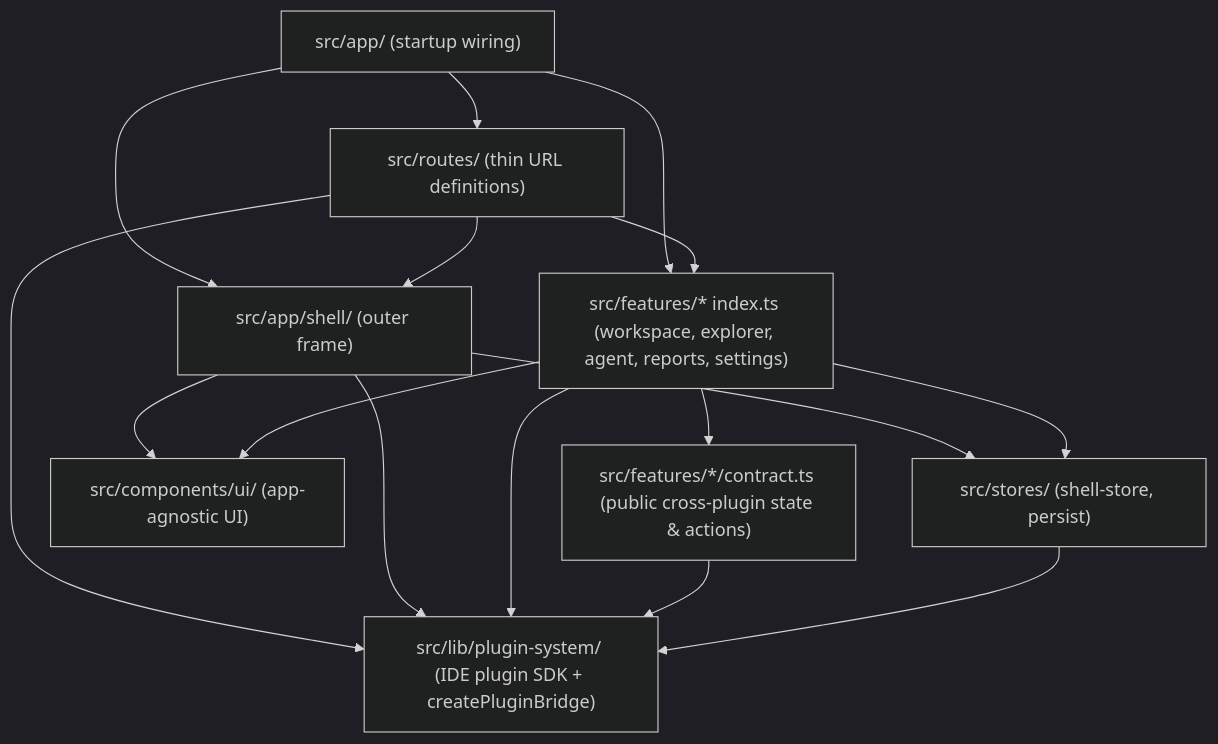
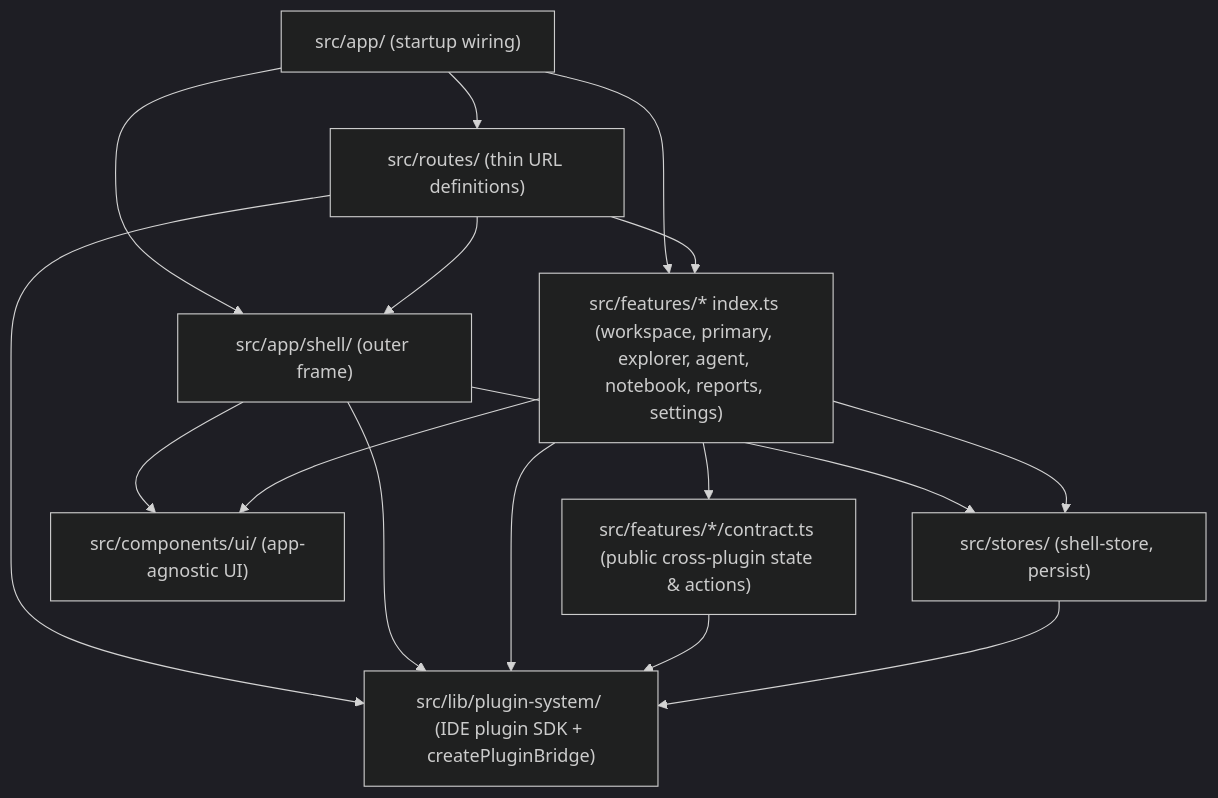
The second of 12 diagrams in docs/DESIGN.md (ppongtong/ide-shell), drawn with Mermaid (dark theme) before and after one commit. The commit also changed other lines of this file and 42 other files, not shown here.

````diff
--- a/docs/DESIGN.md
+++ b/docs/DESIGN.md
@@ -98,22 +93,22 @@
 ```mermaid
 flowchart TD
     App["src/app/ (startup wiring)"] --> Shell["src/app/shell/ (outer frame)"]
     App --> Routes["src/routes/ (thin URL definitions)"]
-    App --> Features["src/features/* index.ts (workspace, explorer, agent, reports, settings)"]
+    App --> Features["src/features/* index.ts (workspace, primary, explorer, agent, notebook, reports, settings)"]
 
     Routes --> Shell
     Routes --> Features
     Routes --> Lib["src/lib/plugin-system/ (IDE plugin SDK + createPluginBridge)"]
 
     Shell --> Stores["src/stores/ (shell-store, persist)"]
     Shell --> Lib
     Shell --> UI["src/components/ui/ (app-agnostic UI)"]
 
     Features --> Contracts["src/features/*/contract.ts (public cross-plugin state & actions)"]
     Features --> Stores
     Features --> Lib
     Features --> UI
 
     Contracts --> Lib
     Stores --> Lib
 ```
````
